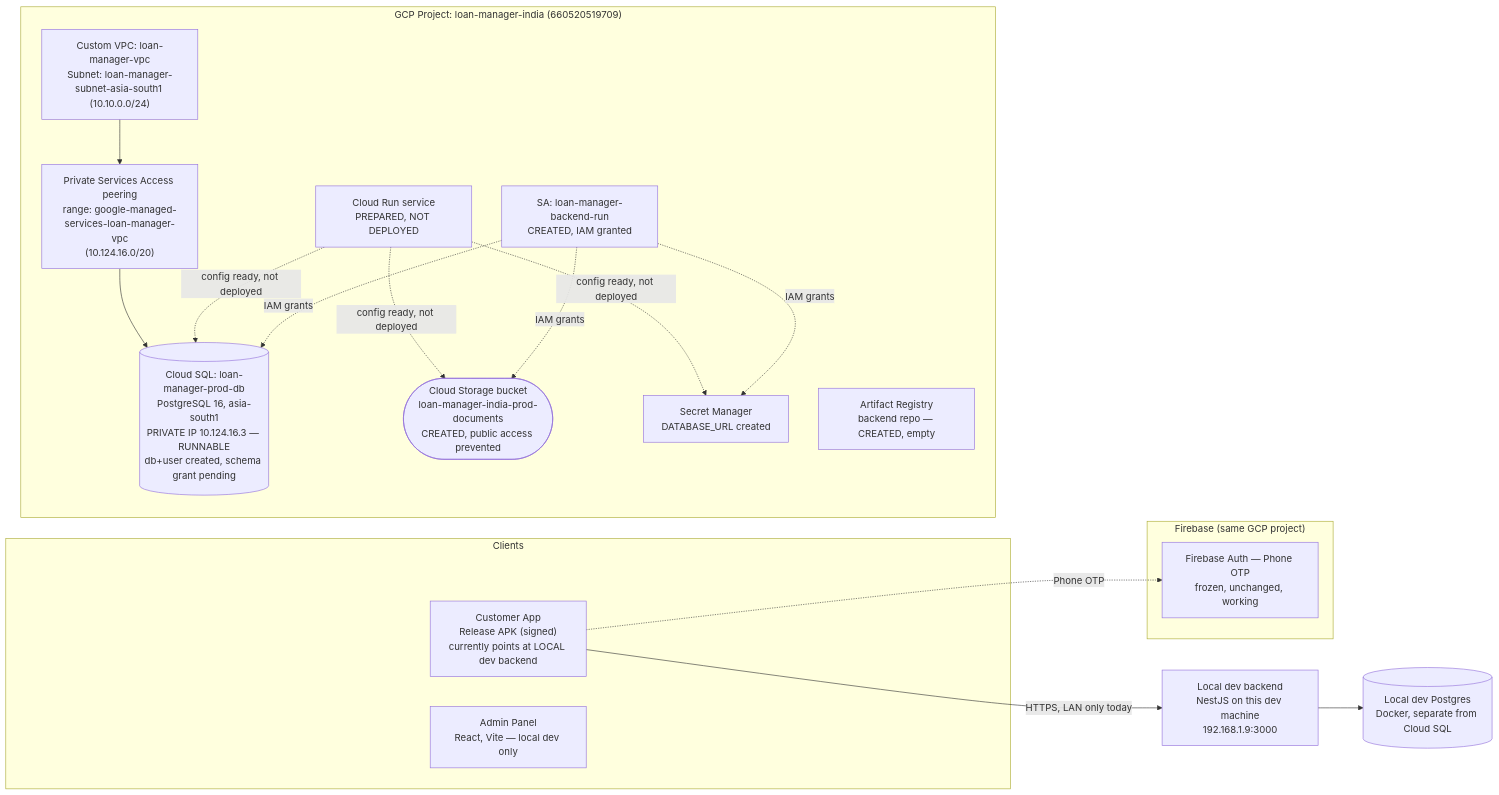
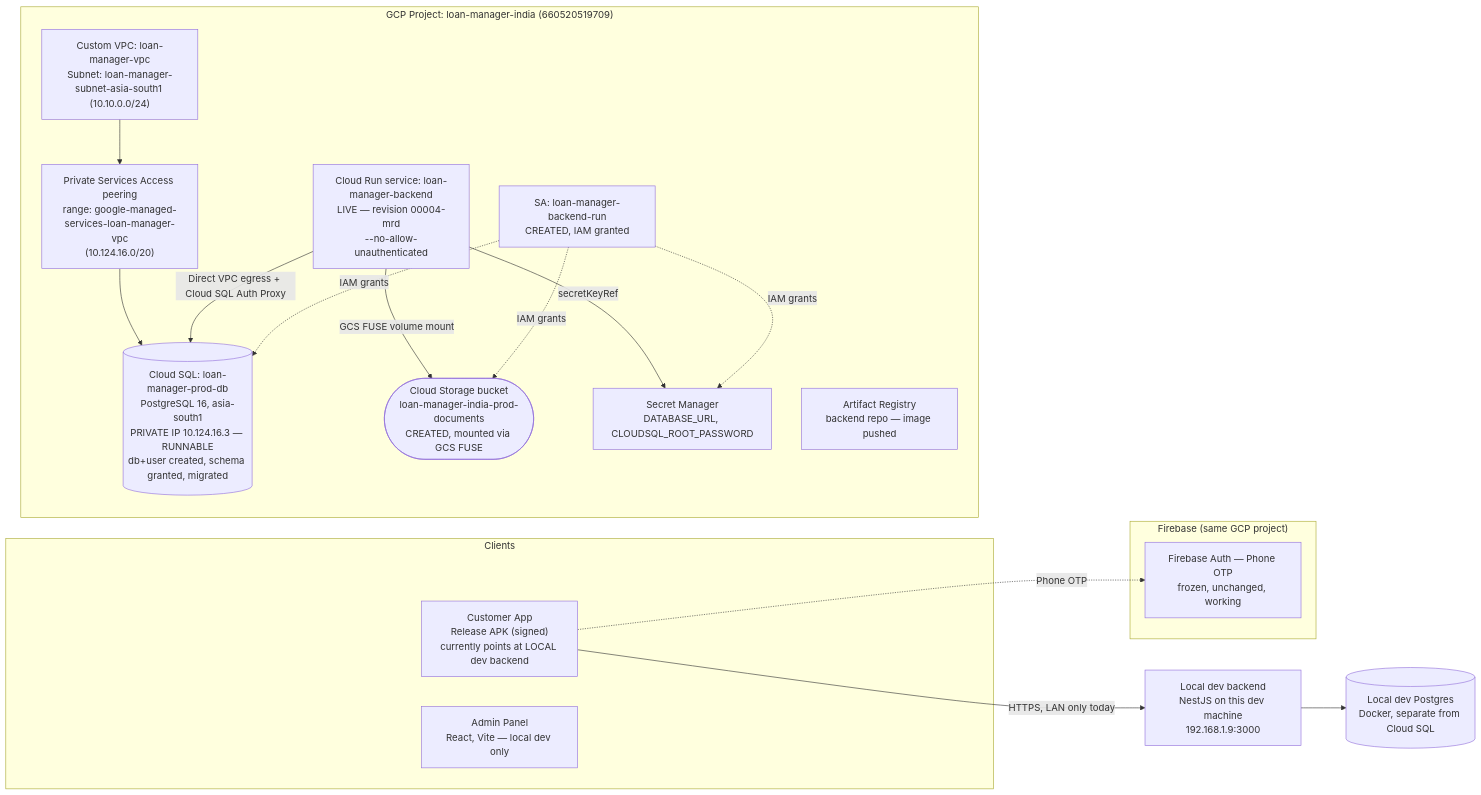
One commit to tokenanalyzer/loan-manager changed the diagram in docs/PRODUCTION_DEPLOYMENT_CHECKPOINT.md. Above: the diagram before and after it, drawn with Mermaid. The commit also changed other lines of this file and 1 other file, not shown here.

First line of the commit message:
docs: checkpoint — backend live on Cloud Run, first deploy verified

````diff
--- a/docs/PRODUCTION_DEPLOYMENT_CHECKPOINT.md
+++ b/docs/PRODUCTION_DEPLOYMENT_CHECKPOINT.md
@@ -14,34 +14,34 @@
 ```mermaid
 flowchart LR
   subgraph clients["Clients"]
     CA["Customer App<br/>Release APK (signed)<br/>currently points at LOCAL dev backend"]
     AP["Admin Panel<br/>React, Vite — local dev only"]
   end
 
   subgraph gcp["GCP Project: loan-manager-india (660520519709)"]
     direction TB
     VPC["Custom VPC: loan-manager-vpc<br/>Subnet: loan-manager-subnet-asia-south1 (10.10.0.0/24)"]
     PEER["Private Services Access peering<br/>range: google-managed-services-loan-manager-vpc<br/>(10.124.16.0/20)"]
-    SQL[("Cloud SQL: loan-manager-prod-db<br/>PostgreSQL 16, asia-south1<br/>PRIVATE IP 10.124.16.3 — RUNNABLE<br/>db+user created, schema grant pending")]
-    GCS(["Cloud Storage bucket<br/>loan-manager-india-prod-documents<br/>CREATED, public access prevented"])
-    SM["Secret Manager<br/>DATABASE_URL created"]
-    AR["Artifact Registry<br/>backend repo — CREATED, empty"]
+    SQL[("Cloud SQL: loan-manager-prod-db<br/>PostgreSQL 16, asia-south1<br/>PRIVATE IP 10.124.16.3 — RUNNABLE<br/>db+user created, schema granted, migrated")]
+    GCS(["Cloud Storage bucket<br/>loan-manager-india-prod-documents<br/>CREATED, mounted via GCS FUSE"])
+    SM["Secret Manager<br/>DATABASE_URL, CLOUDSQL_ROOT_PASSWORD"]
+    AR["Artifact Registry<br/>backend repo — image pushed"]
     SA["SA: loan-manager-backend-run<br/>CREATED, IAM granted"]
-    RUN["Cloud Run service<br/>PREPARED, NOT DEPLOYED"]
+    RUN["Cloud Run service: loan-manager-backend<br/>LIVE — revision 00004-mrd<br/>--no-allow-unauthenticated"]
   end
 
   subgraph fb["Firebase (same GCP project)"]
     FA["Firebase Auth — Phone OTP<br/>frozen, unchanged, working"]
   end
 
   VPC --> PEER --> SQL
-  RUN -.->|"config ready, not deployed"| SQL
-  RUN -.->|"config ready, not deployed"| GCS
-  RUN -.->|"config ready, not deployed"| SM
+  RUN -->|"Direct VPC egress + Cloud SQL Auth Proxy"| SQL
+  RUN -->|"GCS FUSE volume mount"| GCS
+  RUN -->|"secretKeyRef"| SM
   SA -.->|IAM grants| SQL
   SA -.->|IAM grants| GCS
   SA -.->|IAM grants| SM
   CA -->|"HTTPS, LAN only today"| LocalBackend["Local dev backend<br/>NestJS on this dev machine<br/>192.168.1.9:3000"]
   LocalBackend --> LocalDB[("Local dev Postgres<br/>Docker, separate from Cloud SQL")]
   CA -.->|Phone OTP| FA
 ```
````
